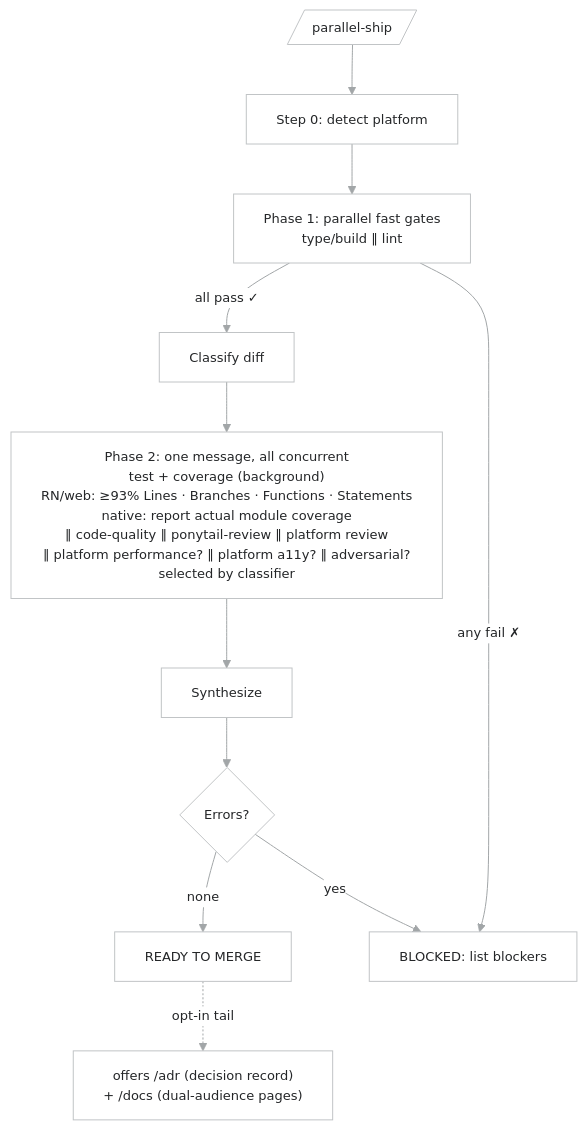
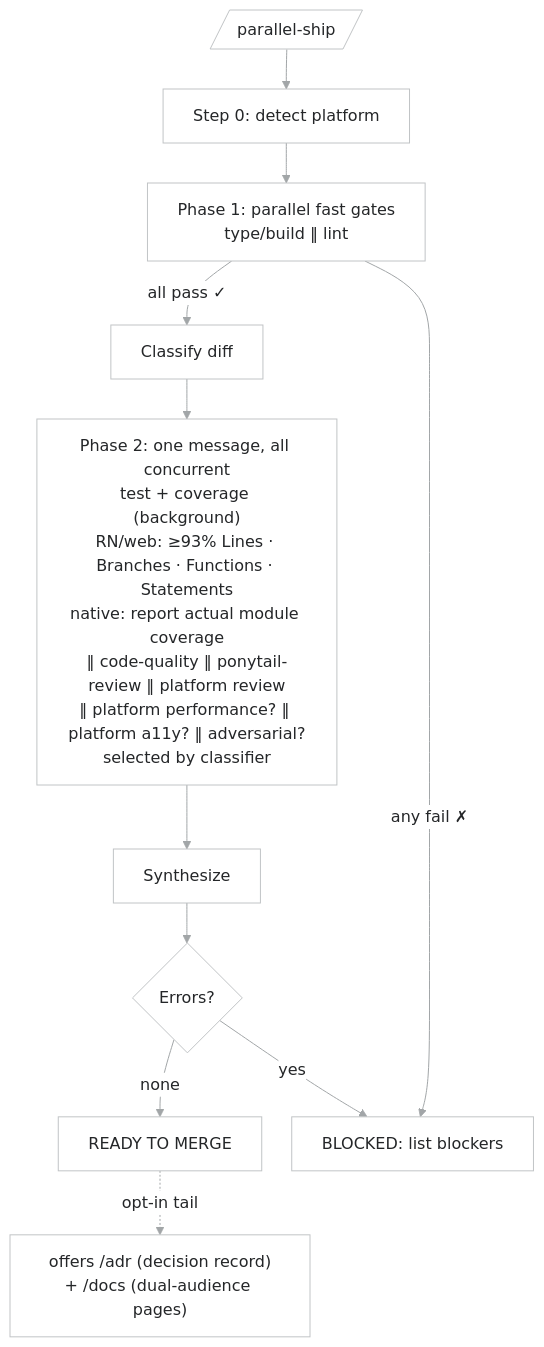
One commit to raditia/CraftKit changed the fifth of 17 diagrams in README.md. Above: the diagram before and after it, drawn with Mermaid. The commit also changed other lines of this file, not shown here.

First line of the commit message:
docs: make README diagrams readable at GitHub width

````diff
--- a/README.md
+++ b/README.md
@@ -445,33 +467,35 @@
 ```mermaid
 ---
 config:
   theme: base
   look: classic
   fontFamily: "-apple-system, BlinkMacSystemFont, Segoe UI, Helvetica, Arial, sans-serif"
   themeVariables:
     fontFamily: "-apple-system, BlinkMacSystemFont, Segoe UI, Helvetica, Arial, sans-serif"
-    fontSize: 13px
+    fontSize: 16px
     primaryColor: "#FFFFFF"
     primaryBorderColor: "#C1C4C6"
     primaryTextColor: "#242628"
     lineColor: "#A2A6A8"
     clusterBkg: "#F5FBFF"
     clusterBorder: "#F0F1F2"
     titleColor: "#707577"
     edgeLabelBackground: "#FFFFFF"
   flowchart:
     curve: basis
-    wrappingWidth: 640
+    wrappingWidth: 240
+    nodeSpacing: 30
+    rankSpacing: 40
 ---
 flowchart TD
     A[/parallel-ship/] --> P["Step 0: detect platform"]
-    P --> B["Phase 1: parallel fast gates\ntype/build ‖ lint"]
+    P --> B["Phase 1: parallel fast gates<br/>type/build ‖ lint"]
     B -->|all pass ✓| C[Classify diff]
-    C --> D["Phase 2: one message, all concurrent\ntest + coverage (background)\nRN/web: ≥93% Lines · Branches · Functions · Statements\nnative: report actual module coverage\n‖ code-quality ‖ ponytail-review ‖ platform review\n‖ platform performance? ‖ platform a11y? ‖ adversarial?\nselected by classifier"]
+    C --> D["Phase 2: one message, all concurrent<br/>test + coverage (background)<br/>RN/web: ≥93% Lines · Branches · Functions · Statements<br/>native: report actual module coverage<br/>‖ code-quality ‖ ponytail-review ‖ platform review<br/>‖ platform performance? ‖ platform a11y? ‖ adversarial?<br/>selected by classifier"]
     D --> E[Synthesize]
     E --> F{Errors?}
     F -->|none| G[READY TO MERGE]
-    G -.->|opt-in tail| T["offers /adr (decision record)\n+ /docs (dual-audience pages)"]
+    G -.->|opt-in tail| T["offers /adr (decision record)<br/>+ /docs (dual-audience pages)"]
     F -->|yes| H["BLOCKED: list blockers"]
     B -->|any fail ✗| H
 ```
````
